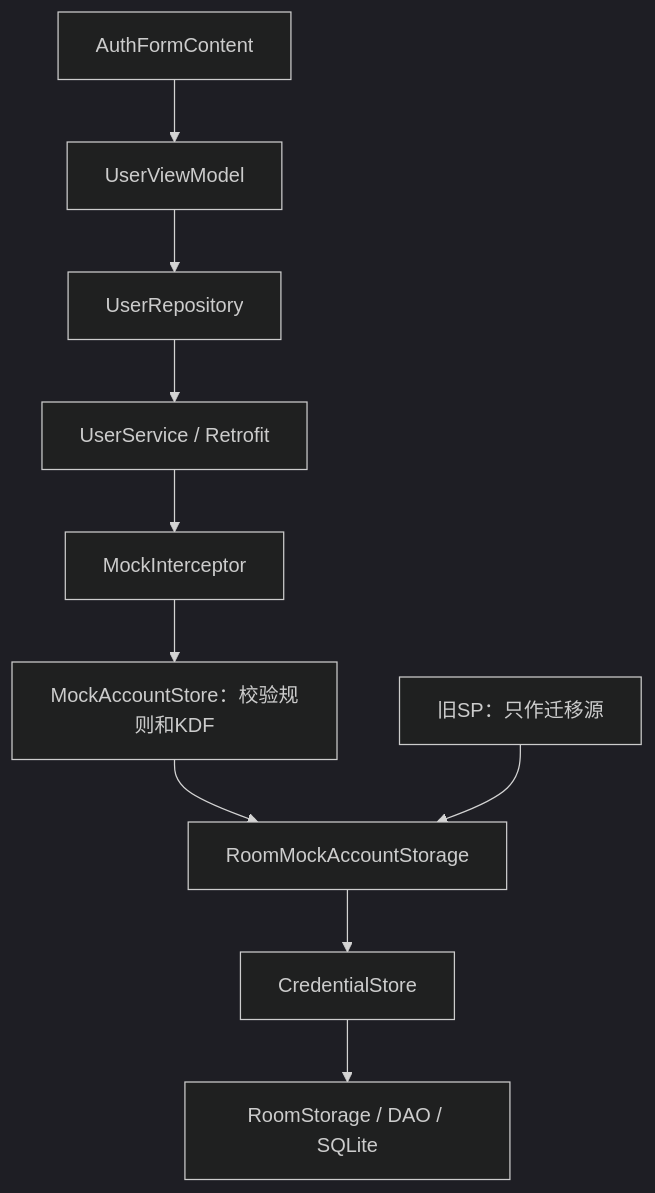
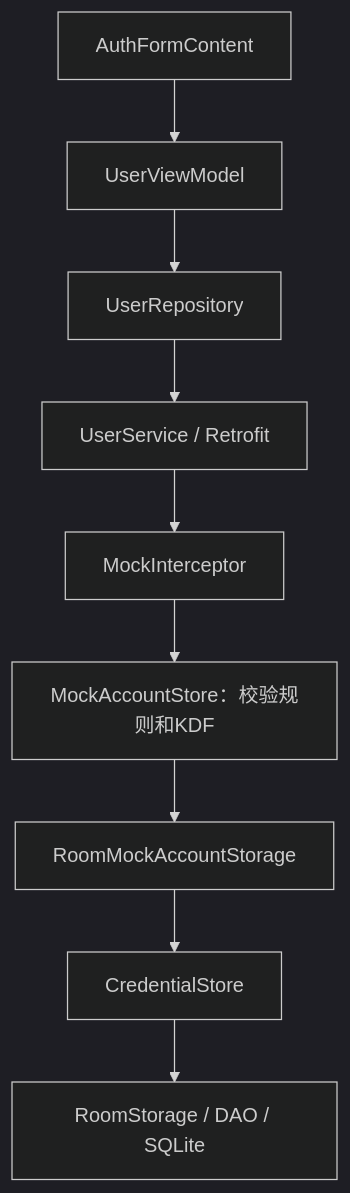
One commit to rickdynasty/EntryTask changed the third of 3 diagrams in docs/development/Room新手使用指南.md. Above: the diagram before and after it, drawn with Mermaid (dark theme). The commit also changed other lines of this file and 114 other files, not shown here.

````diff
--- a/docs/development/Room新手使用指南.md
+++ b/docs/development/Room新手使用指南.md
@@ -357,12 +357,11 @@
 ```mermaid
 flowchart TD
     V[AuthFormContent] --> VM[UserViewModel]
     VM --> R[UserRepository]
     R --> HTTP[UserService / Retrofit]
     HTTP --> MOCK[MockInterceptor]
     MOCK --> RULE[MockAccountStore：校验规则和KDF]
     RULE --> ADAPTER[RoomMockAccountStorage]
     ADAPTER --> PORT[CredentialStore]
     PORT --> DB[RoomStorage / DAO / SQLite]
-    LEGACY[旧SP：只作迁移源] --> ADAPTER
 ```
````
